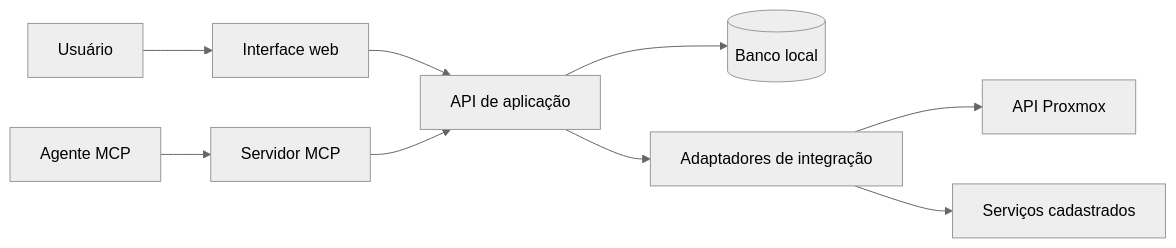
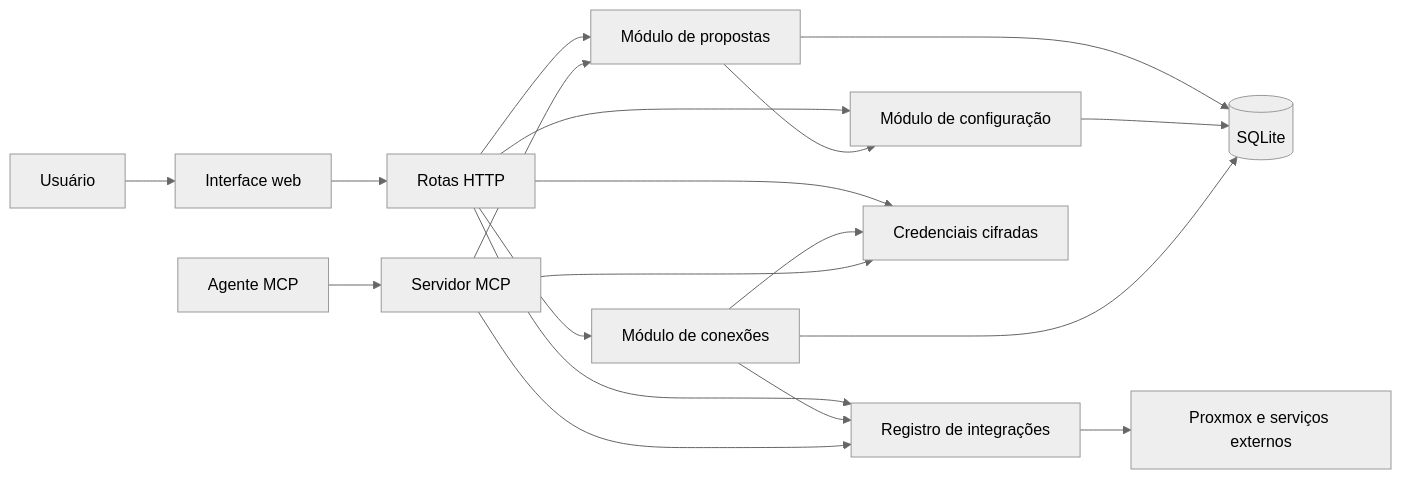
One commit to JhonatanMedeiros/homora changed the diagram in docs/arquitetura.md. Above: the diagram before and after it, drawn with Mermaid (neutral theme). The commit also changed other lines of this file and 20 other files, not shown here.

````diff
--- a/docs/arquitetura.md
+++ b/docs/arquitetura.md
@@ -12,11 +12,21 @@
 ```mermaid
 flowchart LR
   U[Usuário] --> UI[Interface web]
   A[Agente MCP] --> MCP[Servidor MCP]
-  UI --> API[API de aplicação]
-  MCP --> API
-  API --> DB[(Banco local)]
-  API --> INT[Adaptadores de integração]
-  INT --> P[API Proxmox]
-  INT --> S[Serviços cadastrados]
+  UI --> HTTP[Rotas HTTP]
+  HTTP --> SC[Módulo de configuração]
+  HTTP --> PS
+  MCP --> PS[Módulo de propostas]
+  PS --> SC
+  PS --> DB
+  SC --> DB[(SQLite)]
+  HTTP --> IC[Módulo de conexões]
+  HTTP --> REG
+  HTTP --> VAULT
+  IC --> DB
+  IC --> VAULT[Credenciais cifradas]
+  IC --> REG[Registro de integrações]
+  MCP --> REG
+  MCP --> VAULT
+  REG --> EXT[Proxmox e serviços externos]
 ```
````
